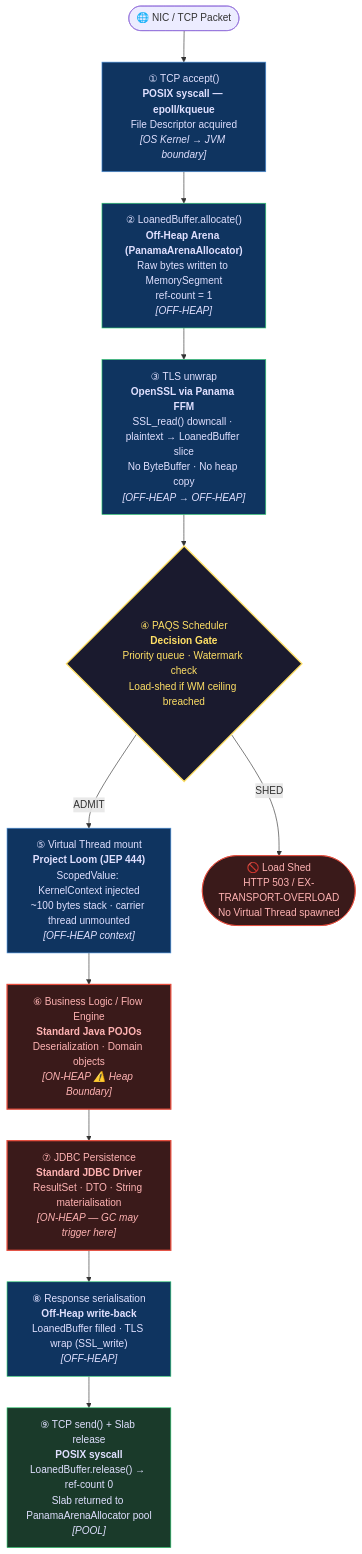
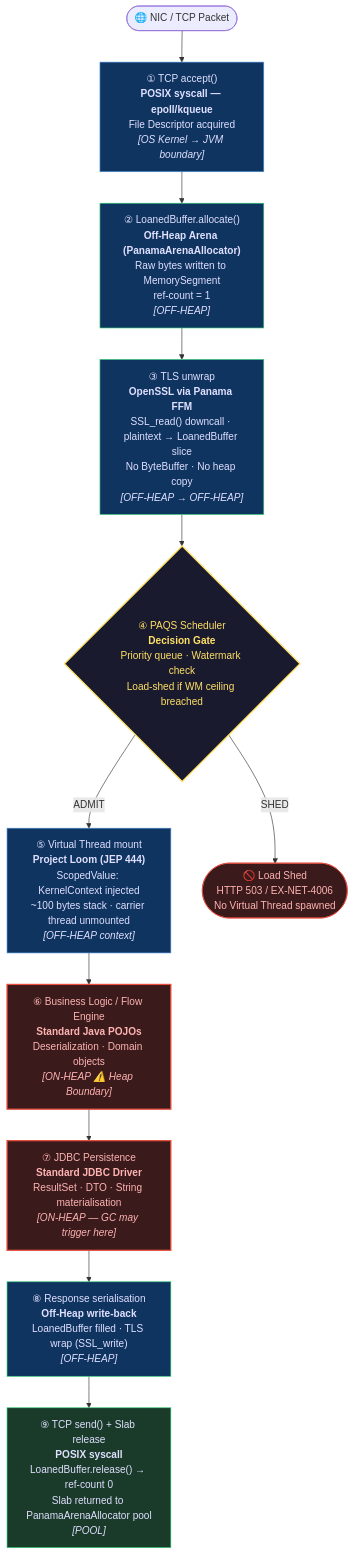
One commit to exeris-systems/exeris-kernel changed the diagram in docs/modules/03-community.md. Above: the diagram before and after it, drawn with Mermaid. The commit also changed 17 other files, not shown here.

````diff
--- a/docs/modules/03-community.md
+++ b/docs/modules/03-community.md
@@ -13,37 +13,37 @@
 ```mermaid
 flowchart TD
     NIC(["🌐 NIC / TCP Packet"])
 
     A["① TCP accept()\n<b>POSIX syscall — epoll/kqueue</b>\nFile Descriptor acquired\n<i>[OS Kernel → JVM boundary]</i>"]
 
     B["② LoanedBuffer.allocate()\n<b>Off-Heap Arena (PanamaArenaAllocator)</b>\nRaw bytes written to MemorySegment\nref-count = 1\n<i>[OFF-HEAP]</i>"]
 
     C["③ TLS unwrap\n<b>OpenSSL via Panama FFM</b>\nSSL_read() downcall · plaintext → LoanedBuffer slice\nNo ByteBuffer · No heap copy\n<i>[OFF-HEAP → OFF-HEAP]</i>"]
 
     D{"④ PAQS Scheduler\n<b>Decision Gate</b>\nPriority queue · Watermark check\nLoad-shed if WM ceiling breached"}
 
     E["⑤ Virtual Thread mount\n<b>Project Loom (JEP 444)</b>\nScopedValue: KernelContext injected\n~100 bytes stack · carrier thread unmounted\n<i>[OFF-HEAP context]</i>"]
 
     F["⑥ Business Logic / Flow Engine\n<b>Standard Java POJOs</b>\nDeserialization · Domain objects\n<i>[ON-HEAP ⚠️ Heap Boundary]</i>"]
 
     G["⑦ JDBC Persistence\n<b>Standard JDBC Driver</b>\nResultSet · DTO · String materialisation\n<i>[ON-HEAP — GC may trigger here]</i>"]
 
     H["⑧ Response serialisation\n<b>Off-Heap write-back</b>\nLoanedBuffer filled · TLS wrap (SSL_write)\n<i>[OFF-HEAP]</i>"]
 
     I["⑨ TCP send() + Slab release\n<b>POSIX syscall</b>\nLoanedBuffer.release() → ref-count 0\nSlab returned to PanamaArenaAllocator pool\n<i>[POOL]</i>"]
 
     NIC --> A --> B --> C --> D
     D -->|"ADMIT"| E --> F --> G --> H --> I
-    D -->|"SHED"| SHED(["🚫 Load Shed\nHTTP 503 / EX-TRANSPORT-OVERLOAD\nNo Virtual Thread spawned"])
+    D -->|"SHED"| SHED(["🚫 Load Shed\nHTTP 503 / EX-NET-4006\nNo Virtual Thread spawned"])
 
     style A fill:#0f3460,color:#e0e0ff,stroke:#4a90d9
     style B fill:#0f3460,color:#e0e0ff,stroke:#2ecc71
     style C fill:#0f3460,color:#e0e0ff,stroke:#2ecc71
     style D fill:#1a1a2e,color:#ffe066,stroke:#ffe066,stroke-width:2px
     style E fill:#0f3460,color:#e0e0ff,stroke:#4a90d9
     style F fill:#3a1a1a,color:#ffb3b3,stroke:#e74c3c,stroke-width:2px
     style G fill:#3a1a1a,color:#ffb3b3,stroke:#e74c3c,stroke-width:2px
     style H fill:#0f3460,color:#e0e0ff,stroke:#2ecc71
     style I fill:#1a3a2a,color:#e0e0ff,stroke:#2ecc71
     style SHED fill:#3a1a1a,color:#ffb3b3,stroke:#e74c3c
 ```
````
